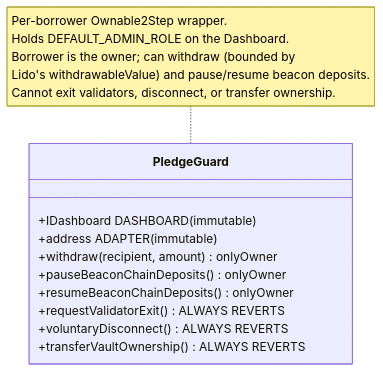
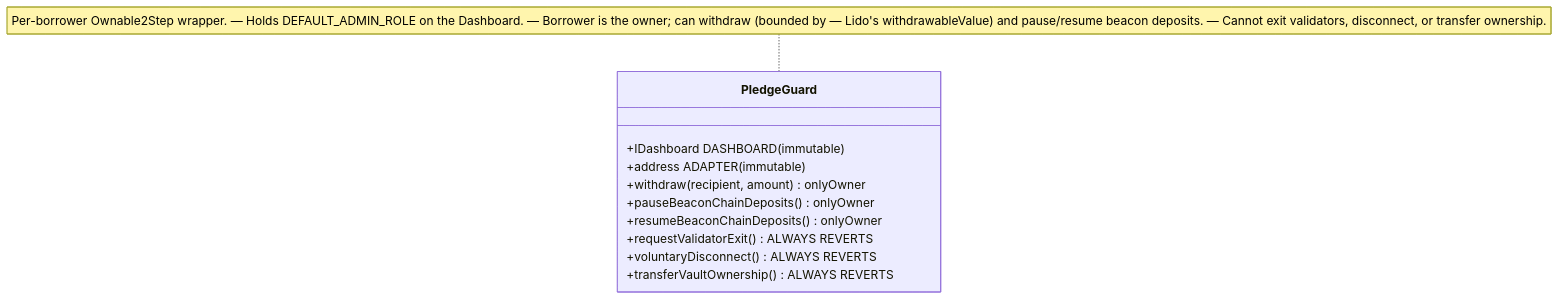
One commit to sanbir/vault-steth-adapter changed the seventh of 24 diagrams in docs/Architecture.md. Above: the diagram before and after it, drawn with Mermaid. The commit also changed other lines of this file and 1 other file, not shown here.

First line of the commit message:
docs: fix Mermaid <br/> rendering errors in Architecture.md and Liquidation-guarantees.md

````diff
--- a/docs/Architecture.md
+++ b/docs/Architecture.md
@@ -230,14 +230,14 @@
 ```mermaid
 classDiagram
     class PledgeGuard {
         +IDashboard DASHBOARD (immutable)
         +address ADAPTER (immutable)
         +withdraw(recipient, amount) onlyOwner
         +pauseBeaconChainDeposits() onlyOwner
         +resumeBeaconChainDeposits() onlyOwner
         +requestValidatorExit() ALWAYS REVERTS
         +voluntaryDisconnect() ALWAYS REVERTS
         +transferVaultOwnership() ALWAYS REVERTS
     }
-    note for PledgeGuard "Per-borrower Ownable2Step wrapper.<br/>Holds DEFAULT_ADMIN_ROLE on the Dashboard.<br/>Borrower is the owner; can withdraw (bounded by<br/>Lido's withdrawableValue) and pause/resume beacon deposits.<br/>Cannot exit validators, disconnect, or transfer ownership."
+    note for PledgeGuard "Per-borrower Ownable2Step wrapper. — Holds DEFAULT_ADMIN_ROLE on the Dashboard. — Borrower is the owner; can withdraw (bounded by — Lido's withdrawableValue) and pause/resume beacon deposits. — Cannot exit validators, disconnect, or transfer ownership."
 ```
````
